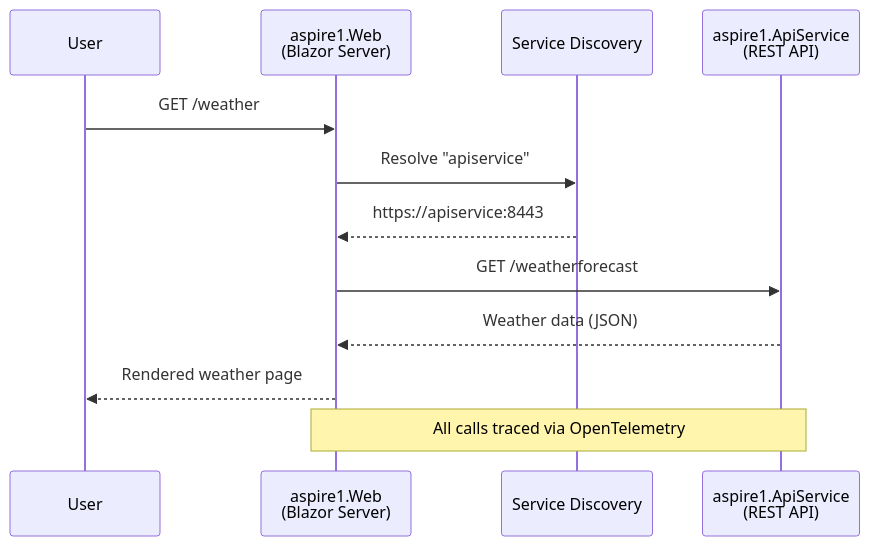
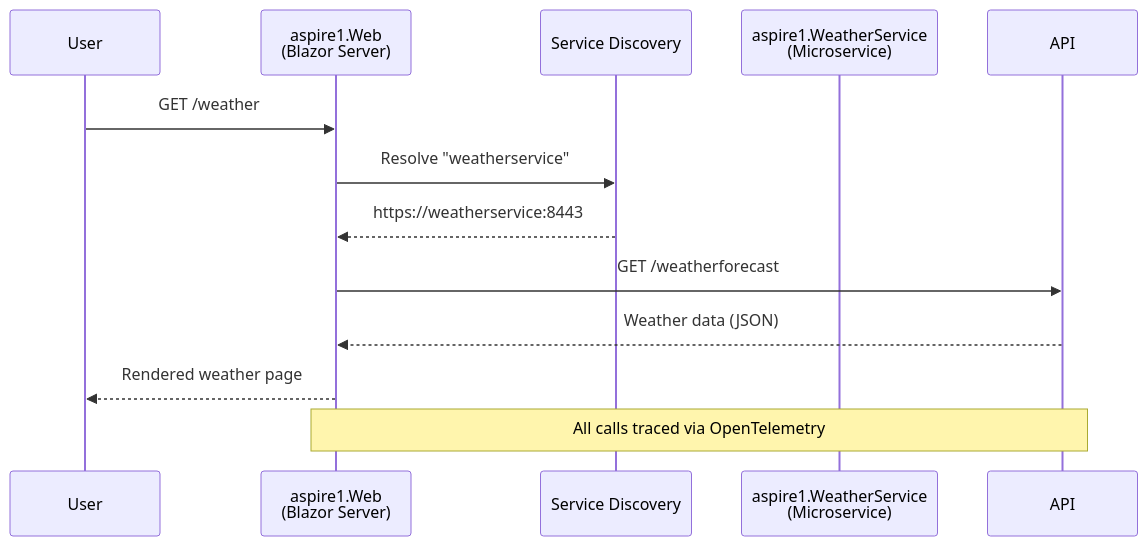
Before and after one commit to rbmathis/aspire1: the second of 7 diagrams in ARCHITECTURE.md, drawn with Mermaid. The commit also changed other lines of this file and 11 other files, not shown here.

Commit message:
fix: Remove ApiService references from coordination docs to match actual architecture

````diff
--- a/ARCHITECTURE.md
+++ b/ARCHITECTURE.md
@@ -169,16 +171,16 @@
 ```mermaid
 sequenceDiagram
     participant User
     participant Web as aspire1.Web<br/>(Blazor Server)
     participant ServiceDiscovery as Service Discovery
-    participant API as aspire1.ApiService<br/>(REST API)
+    participant Weather as aspire1.WeatherService<br/>(Microservice)
 
     User->>Web: GET /weather
-    Web->>ServiceDiscovery: Resolve "apiservice"
-    ServiceDiscovery-->>Web: https://apiservice:8443
+    Web->>ServiceDiscovery: Resolve "weatherservice"
+    ServiceDiscovery-->>Web: https://weatherservice:8443
     Web->>API: GET /weatherforecast
     API-->>Web: Weather data (JSON)
     Web-->>User: Rendered weather page
 
     Note over Web,API: All calls traced via OpenTelemetry
 ```
````
